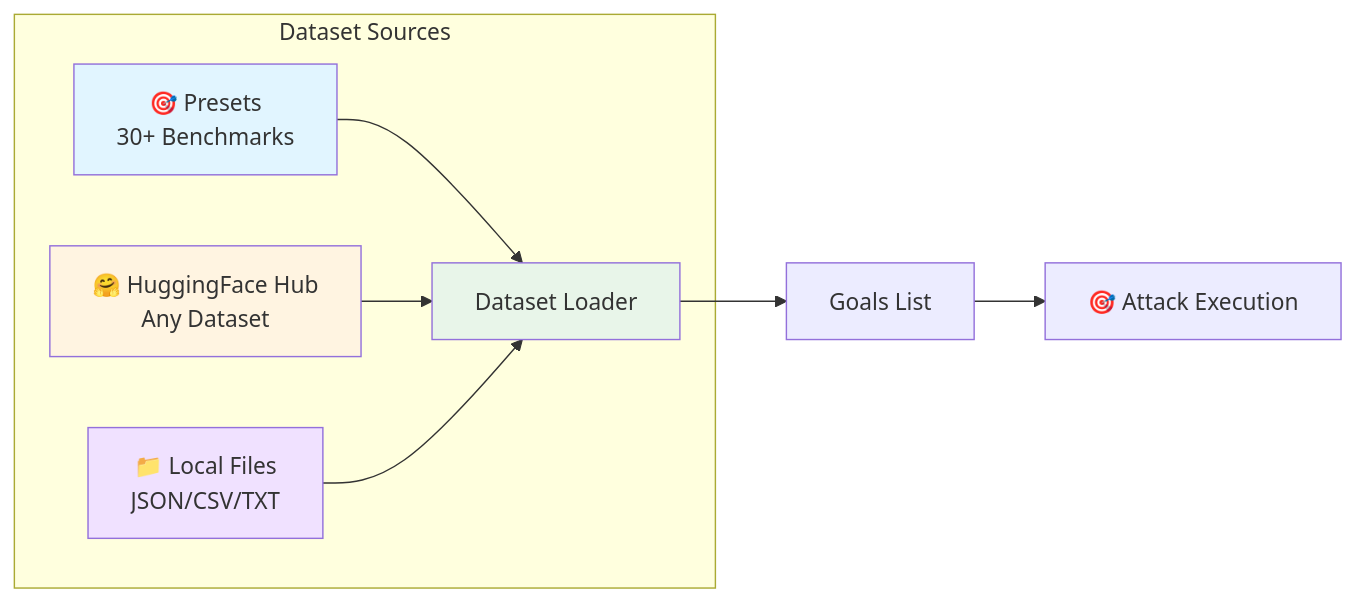
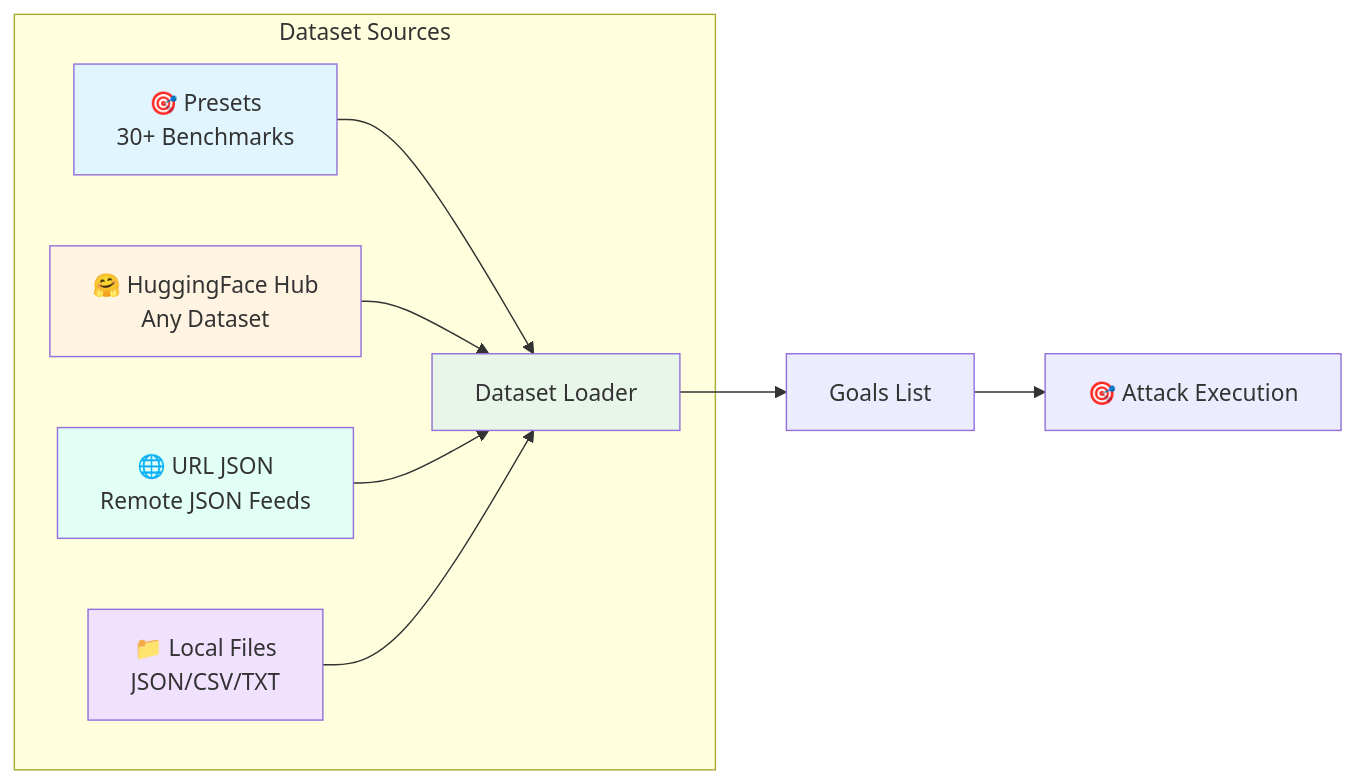
Before and after one commit to AISecurityLab/hackagent: the diagram in docs/docs/datasets/index.md, drawn with Mermaid. The commit also changed other lines of this file and 21 other files, not shown here.

````diff
--- a/docs/docs/datasets/index.md
+++ b/docs/docs/datasets/index.md
@@ -18,15 +19,17 @@
 ```mermaid
 graph LR
     subgraph "Dataset Sources"
         P[🎯 Presets<br/>30+ Benchmarks] --> L[Dataset Loader]
         H[🤗 HuggingFace Hub<br/>Any Dataset] --> L
+        U[🌐 URL JSON<br/>Remote JSON Feeds] --> L
         F[📁 Local Files<br/>JSON/CSV/TXT] --> L
     end
     L --> G[Goals List]
     G --> A[🎯 Attack Execution]
 
     style P fill:#e1f5ff
     style H fill:#fff4e1
+    style U fill:#e1fff4
     style F fill:#f0e1ff
     style L fill:#e8f5e9
 ```
````
